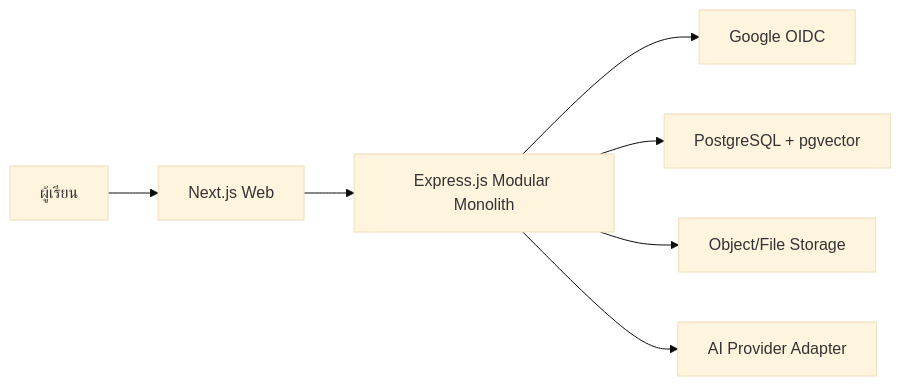
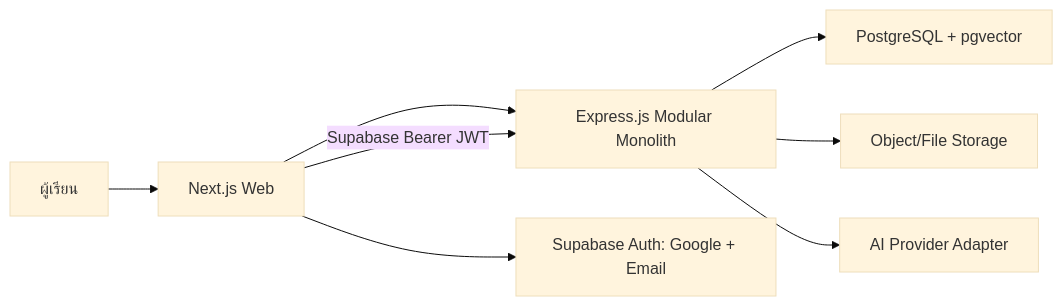
Before and after one commit to SteveJO789/LearnlyAi: the diagram in README.md, drawn with Mermaid (base theme). The commit also changed other lines of this file, not shown here.

Commit message:
docs: align README.md with approved Supabase MVP

````diff
--- a/README.md
+++ b/README.md
@@ -19,9 +19,10 @@
 ```mermaid
 flowchart LR
     U["ผู้เรียน"] --> W["Next.js Web"]
     W --> A["Express.js Modular Monolith"]
-    A --> G["Google OIDC"]
+    W --> G["Supabase Auth: Google + Email"]
+    W -->|"Supabase Bearer JWT"| A
     A --> D["PostgreSQL + pgvector"]
     A --> S["Object/File Storage"]
     A --> M["AI Provider Adapter"]
 ```
````
